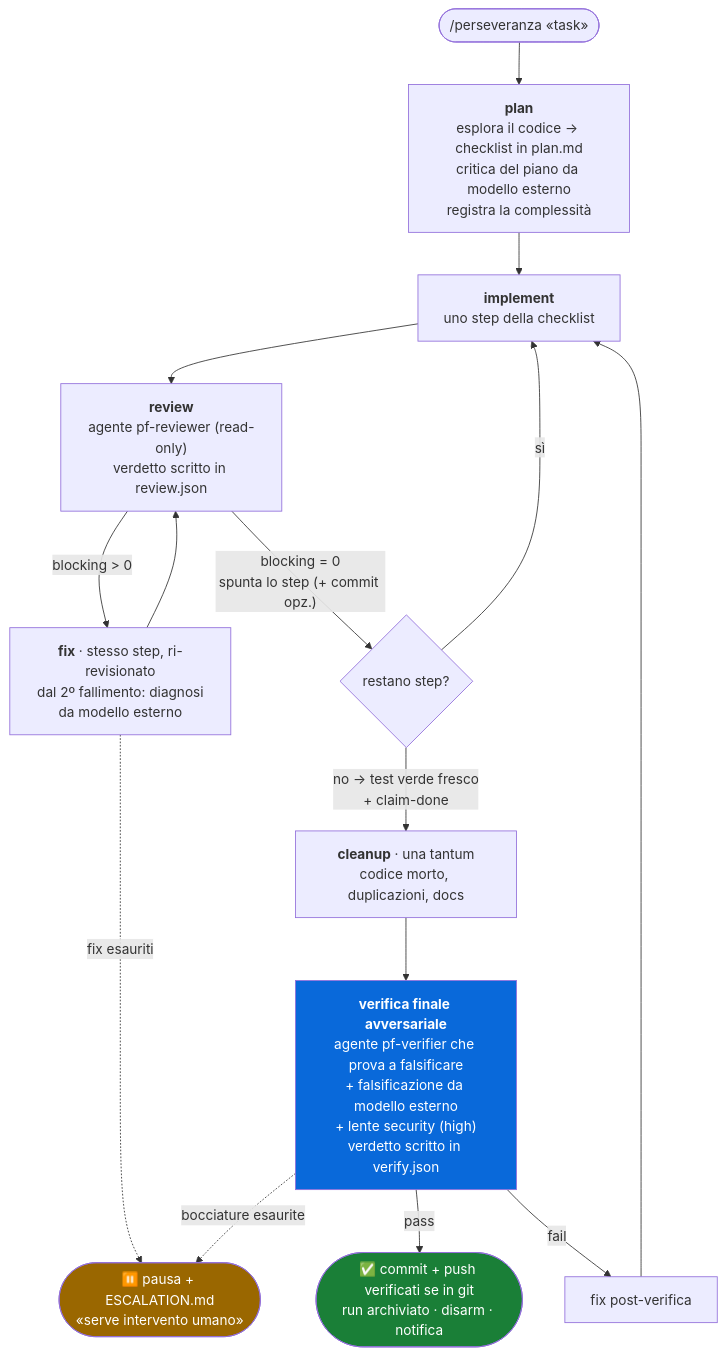
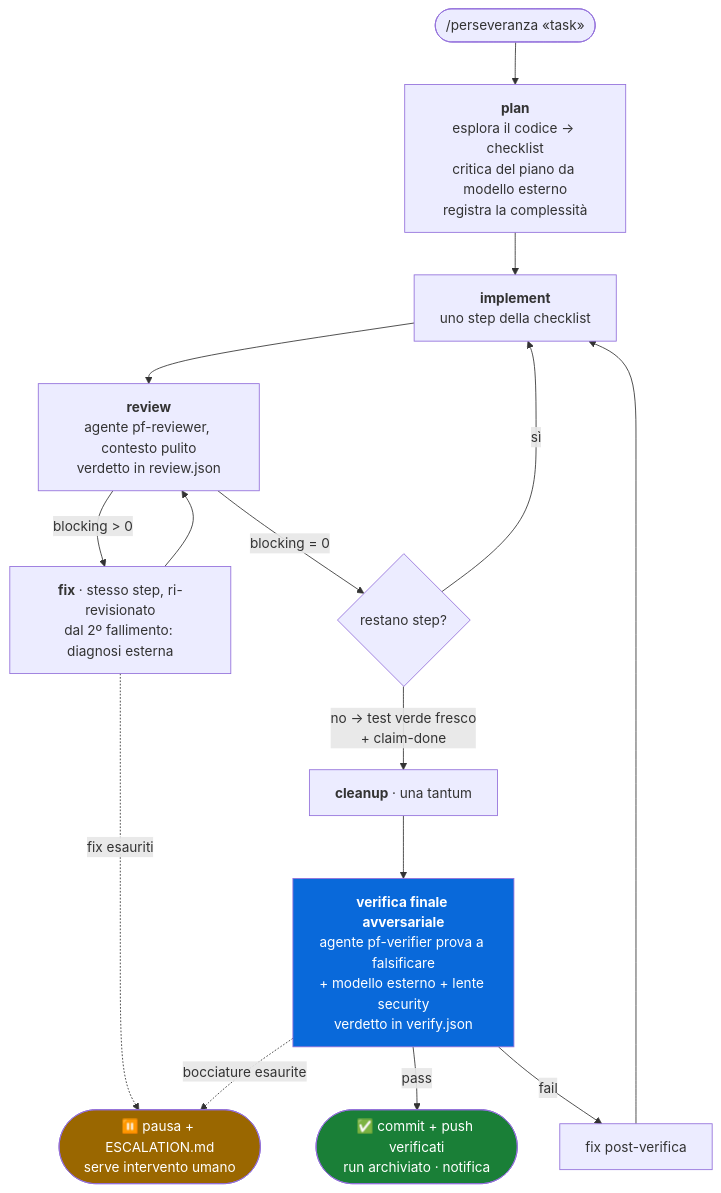
One commit to ilmondovero/perseveranza changed the diagram in README.md. Above: the diagram before and after it, drawn with Mermaid. The commit also changed other lines of this file and 13 other files, not shown here.

````diff
--- a/README.md
+++ b/README.md
@@ -25,22 +79,22 @@
 ```mermaid
 flowchart TD
     START(["/perseveranza «task»"]) --> PLAN
-    PLAN["<b>plan</b><br/>esplora il codice → checklist in plan.md<br/>critica del piano da modello esterno<br/>registra la complessità"] --> IMPL
+    PLAN["<b>plan</b><br/>esplora il codice → checklist<br/>critica del piano da modello esterno<br/>registra la complessità"] --> IMPL
     IMPL["<b>implement</b><br/>uno step della checklist"] --> REV
-    REV["<b>review</b><br/>agente pf-reviewer (read-only)<br/>verdetto scritto in review.json"] -- "blocking > 0" --> FIX
-    FIX["<b>fix</b> · stesso step, ri-revisionato<br/>dal 2º fallimento: diagnosi<br/>da modello esterno"] --> REV
-    REV -- "blocking = 0<br/>spunta lo step (+ commit opz.)" --> NEXT{"restano step?"}
+    REV["<b>review</b><br/>agente pf-reviewer, contesto pulito<br/>verdetto in review.json"] -- "blocking > 0" --> FIX
+    FIX["<b>fix</b> · stesso step, ri-revisionato<br/>dal 2º fallimento: diagnosi esterna"] --> REV
+    REV -- "blocking = 0" --> NEXT{"restano step?"}
     NEXT -- "sì" --> IMPL
     NEXT -- "no → test verde fresco<br/>+ claim-done" --> CLEAN
-    CLEAN["<b>cleanup</b> · una tantum<br/>codice morto, duplicazioni, docs"] --> VERIFY
-    VERIFY["<b>verifica finale avversariale</b><br/>agente pf-verifier che prova a falsificare<br/>+ falsificazione da modello esterno<br/>+ lente security (high)<br/>verdetto scritto in verify.json"] -- "pass" --> DONE
+    CLEAN["<b>cleanup</b> · una tantum"] --> VERIFY
+    VERIFY["<b>verifica finale avversariale</b><br/>agente pf-verifier prova a falsificare<br/>+ modello esterno + lente security<br/>verdetto in verify.json"] -- "pass" --> DONE
     VERIFY -- "fail" --> POSTFIX["fix post-verifica"] --> IMPL
     FIX -. "fix esauriti" .-> PAUSE
     VERIFY -. "bocciature esaurite" .-> PAUSE
-    DONE(["✅ commit + push verificati se in git<br/>run archiviato · disarm · notifica"])
-    PAUSE(["⏸️ pausa + ESCALATION.md<br/>«serve intervento umano»"])
+    DONE(["✅ commit + push verificati<br/>run archiviato · notifica"])
+    PAUSE(["⏸️ pausa + ESCALATION.md<br/>serve intervento umano"])
 
     style DONE fill:#1a7f37,color:#fff
     style PAUSE fill:#9a6700,color:#fff
     style VERIFY fill:#0969da,color:#fff
 ```
````
